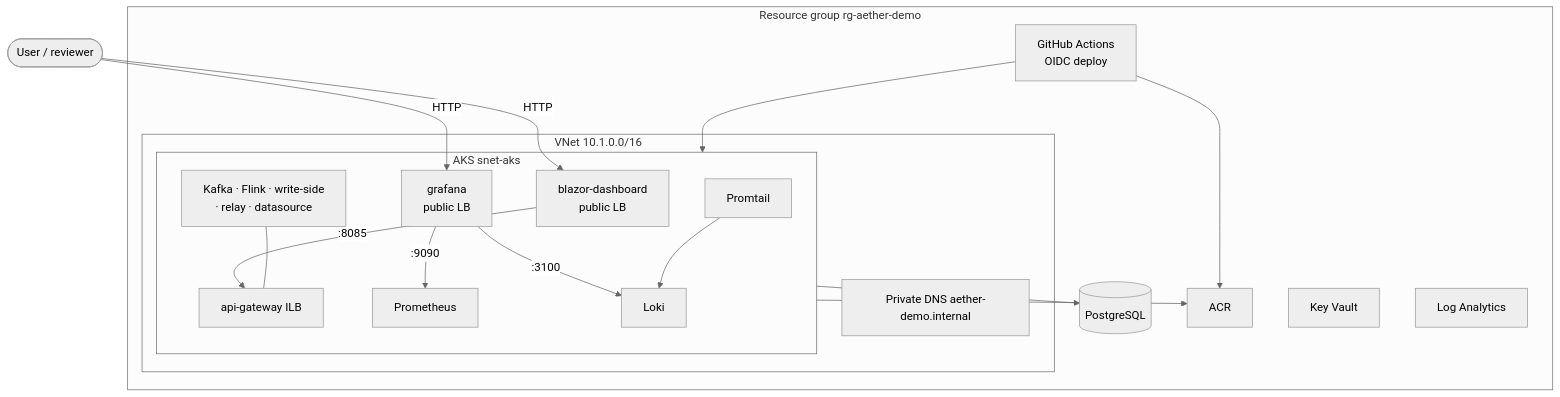
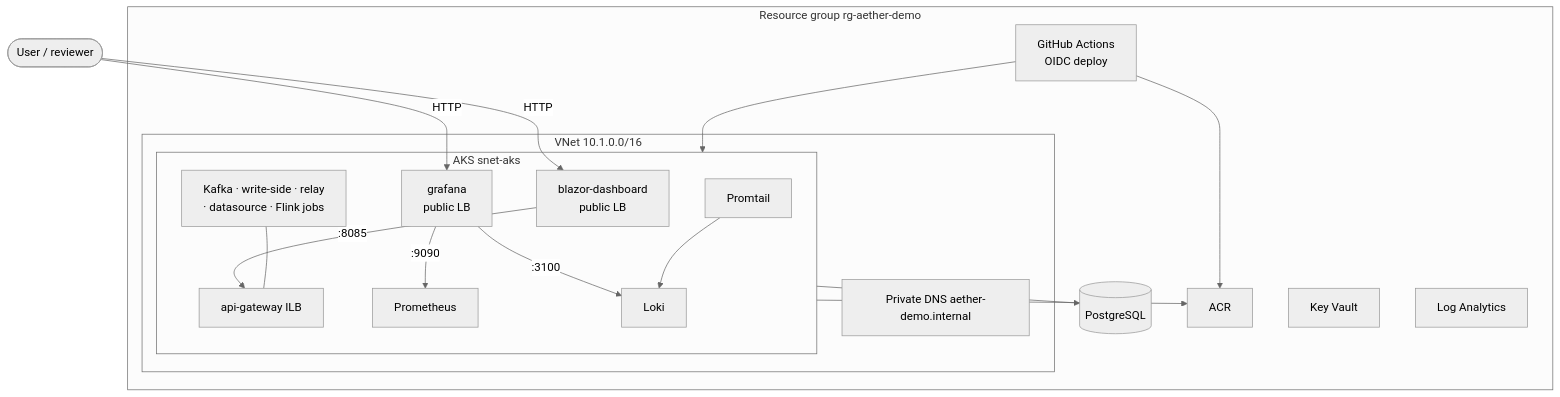
The diagram in infra/terraform/README.md (asaleh-lab/AetherStream), drawn with Mermaid (neutral theme) before and after one commit. The commit also changed other lines of this file and 3 other files, not shown here.

````diff
--- a/infra/terraform/README.md
+++ b/infra/terraform/README.md
@@ -19,37 +19,37 @@
 ```mermaid
 flowchart TB
   User([User / reviewer])
 
   subgraph RG["Resource group rg-aether-demo"]
     subgraph VNet["VNet 10.1.0.0/16"]
       subgraph AKS["AKS snet-aks"]
         BLAZOR["blazor-dashboard<br/>public LB"]
         GRAF["grafana<br/>public LB"]
         AGW_ILB["api-gateway ILB"]
         PROM["Prometheus"]
         LOKI["Loki"]
         PROMTAIL["Promtail"]
-        PODS["Kafka · Flink · write-side<br/>· relay · datasource"]
+        PODS["Kafka · write-side · relay<br/>· datasource · Flink jobs"]
       end
       PDNS["Private DNS aether-demo.internal"]
     end
 
     PG[("PostgreSQL")]
     ACR["ACR"]
     KV["Key Vault"]
     LAW["Log Analytics"]
     GH["GitHub Actions<br/>OIDC deploy"]
   end
 
   User -->|HTTP| BLAZOR
   User -->|HTTP| GRAF
   BLAZOR -->|:8085| AGW_ILB
   GRAF -->|:9090| PROM
   GRAF -->|:3100| LOKI
   PROMTAIL --> LOKI
   PODS --- AGW_ILB
   AKS --> PG
   AKS --> ACR
   GH --> ACR
   GH --> AKS
 ```
````
